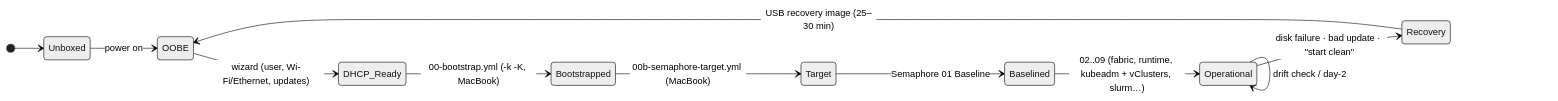
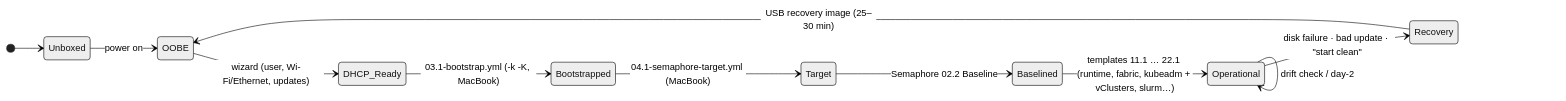
The first of 4 diagrams in 01-Ansible/03-bare-metal-provisioning-and-bootstrap.md (cloudone365/technical-depth), drawn with Mermaid (neutral theme) before and after one commit. The commit also changed other lines of this file and 242 other files, not shown here.

````diff
--- a/01-Ansible/03-bare-metal-provisioning-and-bootstrap.md
+++ b/01-Ansible/03-bare-metal-provisioning-and-bootstrap.md
@@ -23,14 +23,14 @@
 ```mermaid
 stateDiagram-v2
   direction LR
   [*] --> Unboxed
   Unboxed --> OOBE: power on
   OOBE --> DHCP_Ready: wizard (user, Wi-Fi/Ethernet, updates)
-  DHCP_Ready --> Bootstrapped: 00-bootstrap.yml (-k -K, MacBook)
-  Bootstrapped --> Target: 00b-semaphore-target.yml (MacBook)
-  Target --> Baselined: Semaphore 01 Baseline
-  Baselined --> Operational: 02..09 (fabric, runtime, kubeadm + vClusters, slurm…)
+  DHCP_Ready --> Bootstrapped: 03.1-bootstrap.yml (-k -K, MacBook)
+  Bootstrapped --> Target: 04.1-semaphore-target.yml (MacBook)
+  Target --> Baselined: Semaphore 02.2 Baseline
+  Baselined --> Operational: templates 11.1 … 22.1 (runtime, fabric, kubeadm + vClusters, slurm…)
   Operational --> Operational: drift check / day-2
   Operational --> Recovery: disk failure · bad update · "start clean"
   Recovery --> OOBE: USB recovery image (25–30 min)
 ```
````
